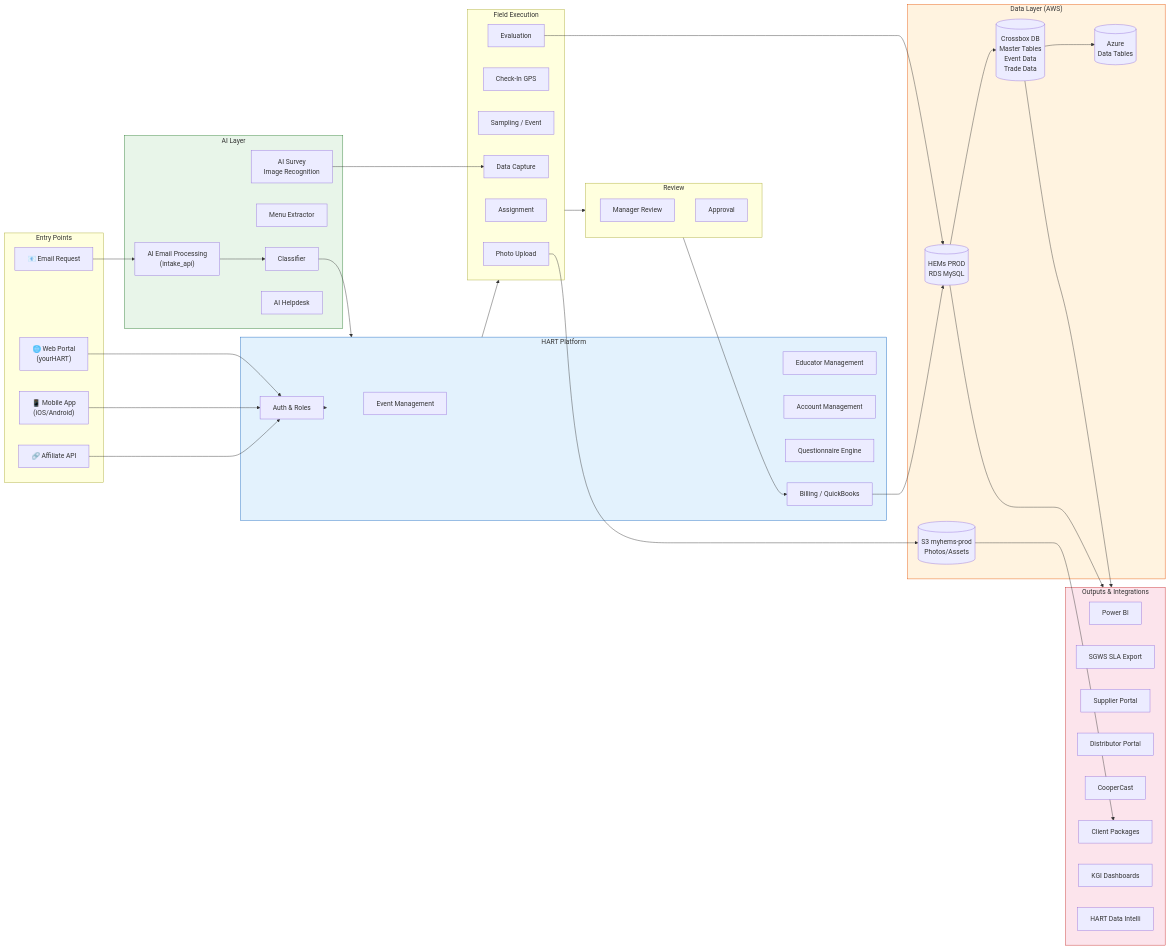
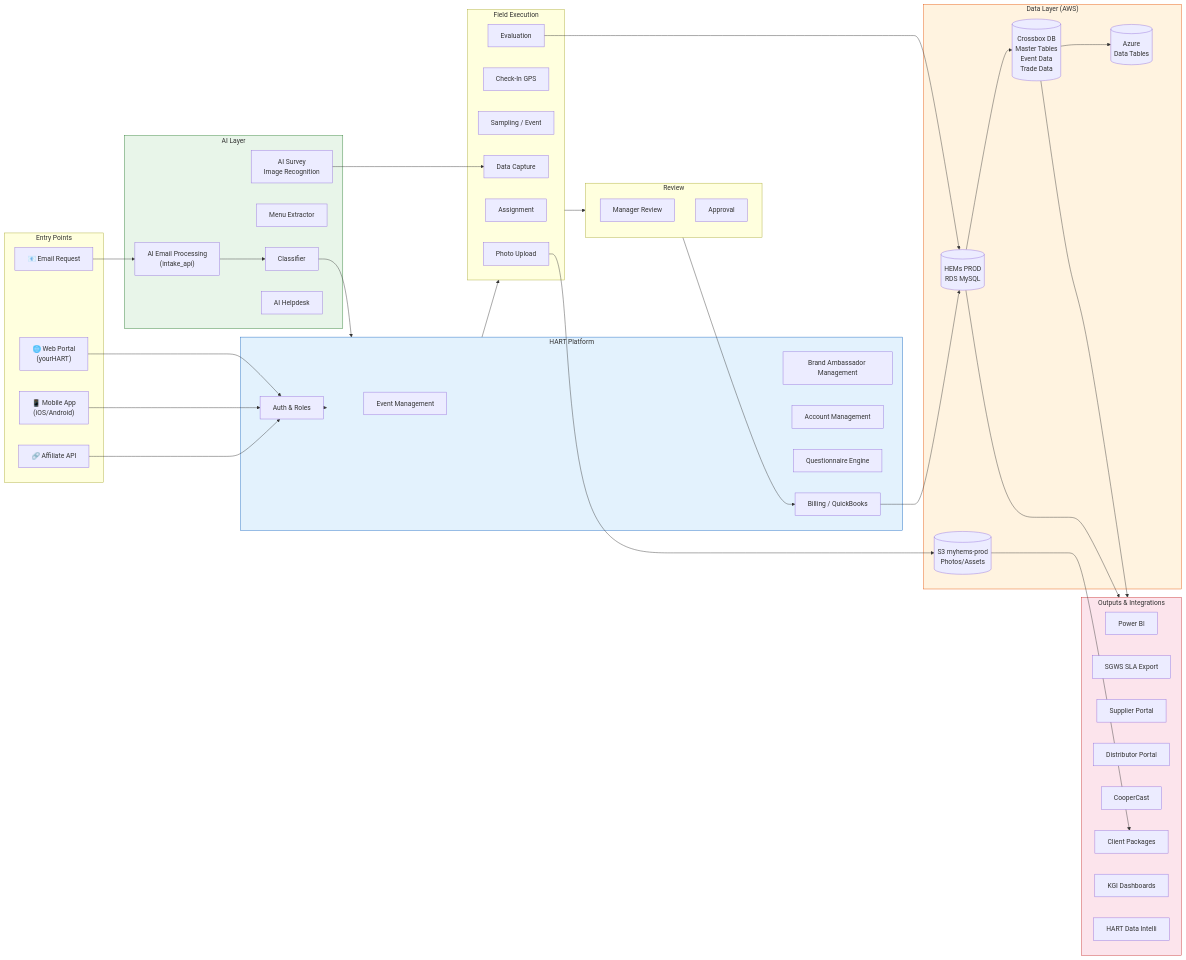
Diagram 14 of 15 in docs/for-llms/hart-sharepoint/tech-vision-diagram.md (rafaeelricco/Hartopsprototype), drawn with Mermaid before and after one commit. The commit also changed other lines of this file and 15 other files, not shown here.

````diff
--- a/docs/for-llms/hart-sharepoint/tech-vision-diagram.md
+++ b/docs/for-llms/hart-sharepoint/tech-vision-diagram.md
@@ -1006,82 +1006,82 @@
 ```mermaid
 flowchart LR
     subgraph ENTRY["Entry Points"]
         EMAIL["📧 Email Request"]
         WEB["🌐 Web Portal<br/>(yourHART)"]
         MOBILE["📱 Mobile App<br/>(iOS/Android)"]
         API_IN["🔗 Affiliate API"]
     end
 
     subgraph AI_PROCESSING["AI Layer"]
         AI_EMAIL["AI Email Processing<br/>(intake_api)"]
         AI_CLASSIFY["Classifier"]
         AI_MENU["Menu Extractor"]
         AI_SURVEY["AI Survey<br/>Image Recognition"]
         AI_HELPDESK["AI Helpdesk"]
     end
 
     subgraph PLATFORM["HART Platform"]
         AUTH["Auth & Roles"]
         EVENT_MGT["Event Management"]
-        EDU_MGT["Educator Management"]
+        EDU_MGT["Brand Ambassador Management"]
         ACCOUNT_MGT["Account Management"]
         QUEST["Questionnaire Engine"]
         BILLING_SYS["Billing / QuickBooks"]
     end
 
     subgraph EXECUTION["Field Execution"]
         ASSIGN["Assignment"]
         CHECKIN["Check-In GPS"]
         SAMPLING["Sampling / Event"]
         DATA_CAP["Data Capture"]
         PHOTOS["Photo Upload"]
         EVAL["Evaluation"]
     end
 
     subgraph REVIEW["Review"]
         MGR_REVIEW["Manager Review"]
         APPROVE["Approval"]
     end
 
     subgraph DATA["Data Layer (AWS)"]
         HEMS_DB[("HEMs PROD<br/>RDS MySQL")]
         S3[("S3 myhems-prod<br/>Photos/Assets")]
         CROSSBOX[("Crossbox DB<br/>Master Tables<br/>Event Data<br/>Trade Data")]
         AZURE[("Azure<br/>Data Tables")]
     end
 
     subgraph OUTPUTS["Outputs & Integrations"]
         POWER_BI["Power BI"]
         SLA_EXPORT["SGWS SLA Export"]
         SUPP_PORTAL["Supplier Portal"]
         DIST_PORTAL["Distributor Portal"]
         COOPERCAST["CooperCast"]
         CLIENT_PKG["Client Packages"]
         KGI["KGI Dashboards"]
         DATA_INTELLI["HART Data Intelli"]
     end
 
     EMAIL --> AI_EMAIL --> AI_CLASSIFY --> PLATFORM
     WEB --> AUTH --> PLATFORM
     MOBILE --> AUTH
     API_IN --> AUTH
 
     PLATFORM --> EXECUTION
     AI_SURVEY --> DATA_CAP
     EXECUTION --> REVIEW --> BILLING_SYS
 
     EVAL --> HEMS_DB
     PHOTOS --> S3
     BILLING_SYS --> HEMS_DB
     HEMS_DB --> CROSSBOX
     CROSSBOX --> AZURE
 
     CROSSBOX --> OUTPUTS
     HEMS_DB --> OUTPUTS
     S3 --> CLIENT_PKG
 
     style AI_PROCESSING fill:#e8f5e9,stroke:#2e7d32
     style PLATFORM fill:#e3f2fd,stroke:#1565c0
     style DATA fill:#fff3e0,stroke:#e65100
     style OUTPUTS fill:#fce4ec,stroke:#c62828
 ```
````
